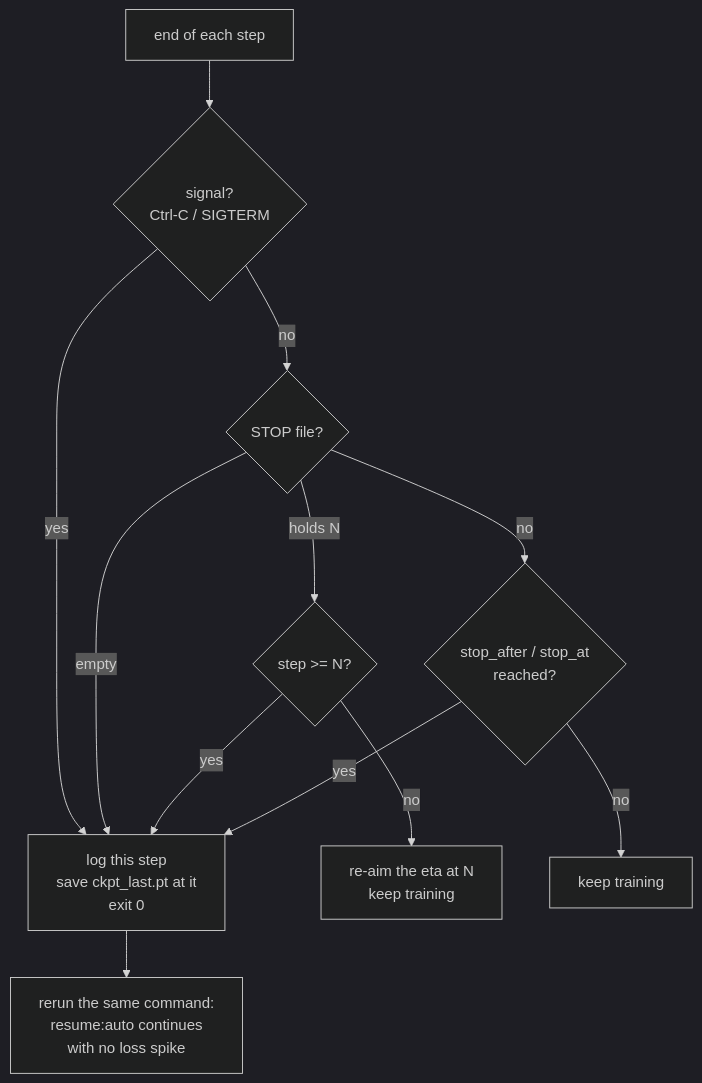
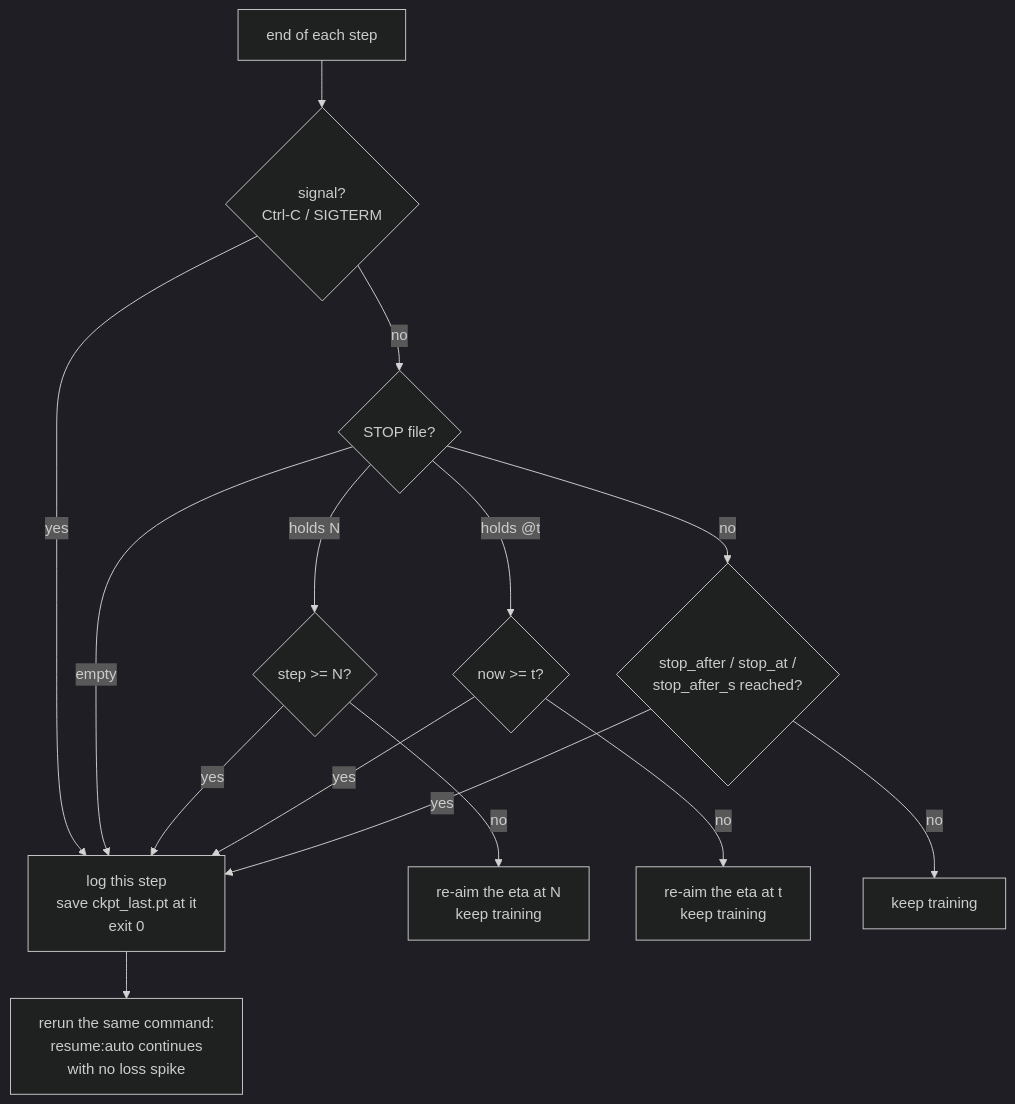
Before and after one commit to kunwarmahen/aksharallm: the second of 2 diagrams in docs/04-pretraining.md, drawn with Mermaid (dark theme). The commit also changed other lines of this file and 27 other files, not shown here.

````diff
--- a/docs/04-pretraining.md
+++ b/docs/04-pretraining.md
@@ -263,14 +287,17 @@
 ```mermaid
 flowchart TD
     S[end of each step] --> A{signal?<br/>Ctrl-C / SIGTERM}
     A -- yes --> Z[log this step<br/>save ckpt_last.pt at it<br/>exit 0]
     A -- no --> B{STOP file?}
     B -- "empty" --> Z
     B -- "holds N" --> C{step >= N?}
+    B -- "holds @t" --> T{now >= t?}
     C -- yes --> Z
-    C -- "no" --> D[re-aim the eta at N<br/>keep training]
-    B -- no --> E{stop_after / stop_at<br/>reached?}
+    T -- yes --> Z
+    C -- no --> D[re-aim the eta at N<br/>keep training]
+    T -- no --> D2[re-aim the eta at t<br/>keep training]
+    B -- no --> E{stop_after / stop_at /<br/>stop_after_s reached?}
     E -- yes --> Z
     E -- no --> F[keep training]
     Z --> R[rerun the same command:<br/>resume:auto continues<br/>with no loss spike]
 ```
````
